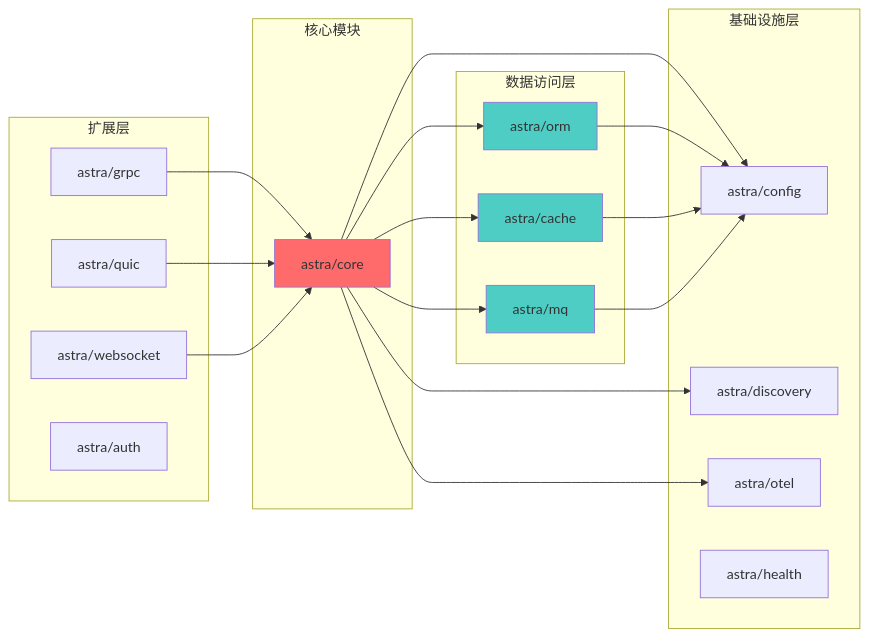
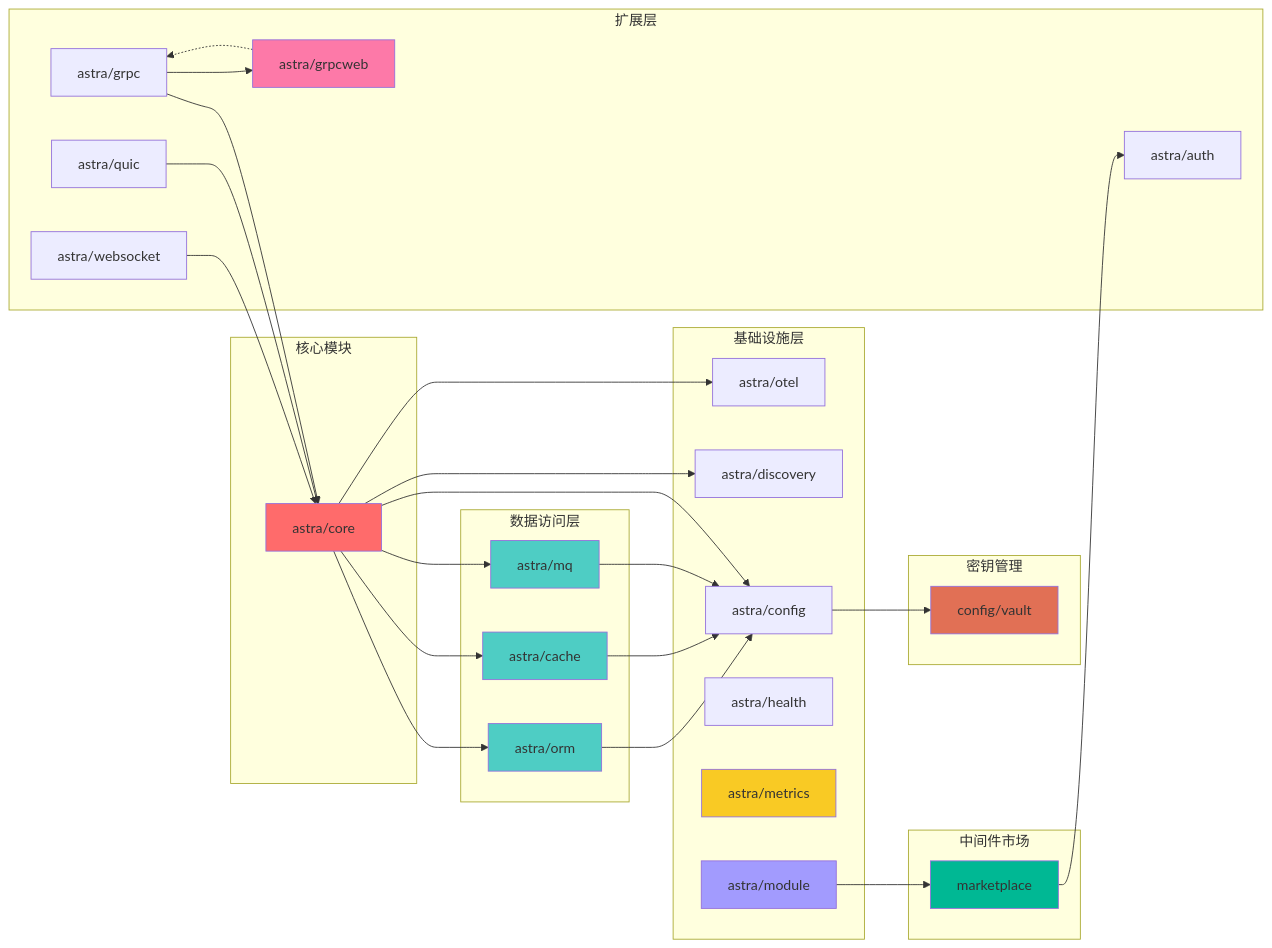
Before and after one commit to astra-go/astra: the second of 8 diagrams in astra_deep_analysis_report_20260606.md, drawn with Mermaid. The commit also changed other lines of this file and 7 other files, not shown here.

````diff
--- a/astra_deep_analysis_report_20260606.md
+++ b/astra_deep_analysis_report_20260606.md
@@ -104,44 +104,65 @@
 ```mermaid
 graph LR
     subgraph "核心模块"
         A[astra/core]
     end
     
     subgraph "数据访问层"
         B[astra/orm]
         C[astra/cache]
         D[astra/mq]
     end
     
     subgraph "基础设施层"
         E[astra/config]
         F[astra/discovery]
         G[astra/otel]
         H[astra/health]
+        I[astra/metrics]
+        J[astra/module]
     end
     
     subgraph "扩展层"
-        I[astra/grpc]
-        J[astra/quic]
-        K[astra/websocket]
-        L[astra/auth]
+        K[astra/grpc]
+        L[astra/grpcweb]
+        M[astra/quic]
+        N[astra/websocket]
+        O[astra/auth]
+    end
+    
+    subgraph "中间件市场"
+        P[marketplace]
+    end
+    
+    subgraph "密钥管理"
+        Q[config/vault]
     end
     
     A --> B
     A --> C
     A --> D
     A --> E
     A --> F
     A --> G
     B --> E
     C --> E
     D --> E
-    I --> A
-    J --> A
     K --> A
+    K --> L
+    L -.-> K
+    M --> A
+    N --> A
+    J --> P
+    E --> Q
+    P --> O
     
     style A fill:#ff6b6b
     style B fill:#4ecdc4
     style C fill:#4ecdc4
     style D fill:#4ecdc4
+    style I fill:#f9ca24
+    style J fill:#a29bfe
+    style L fill:#fd79a8
+    style P fill:#00b894
+    style Q fill:#e17055
 ```
````
